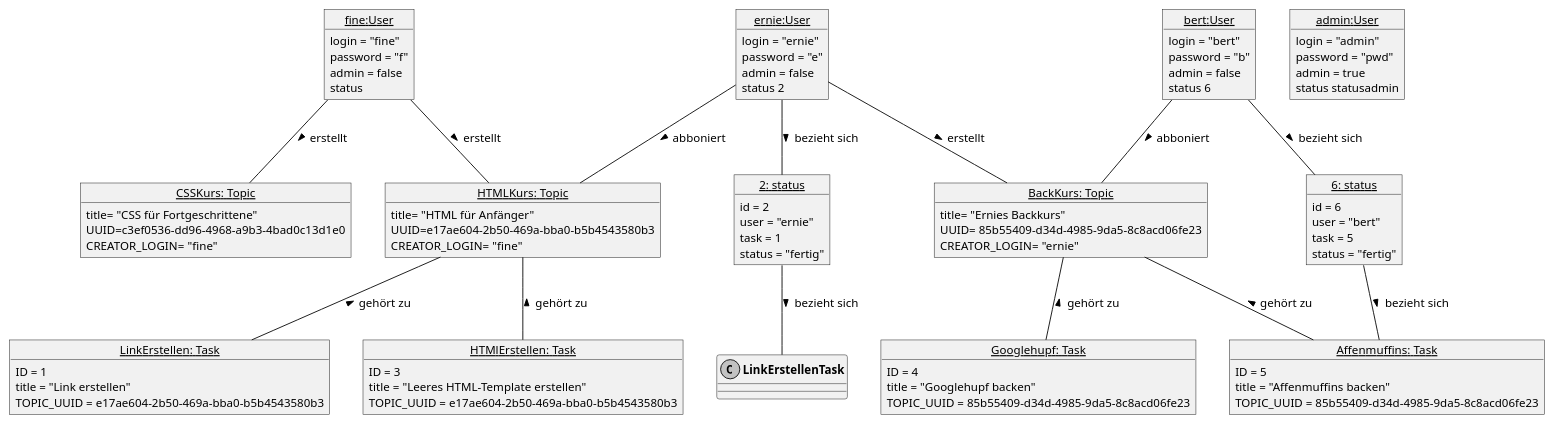
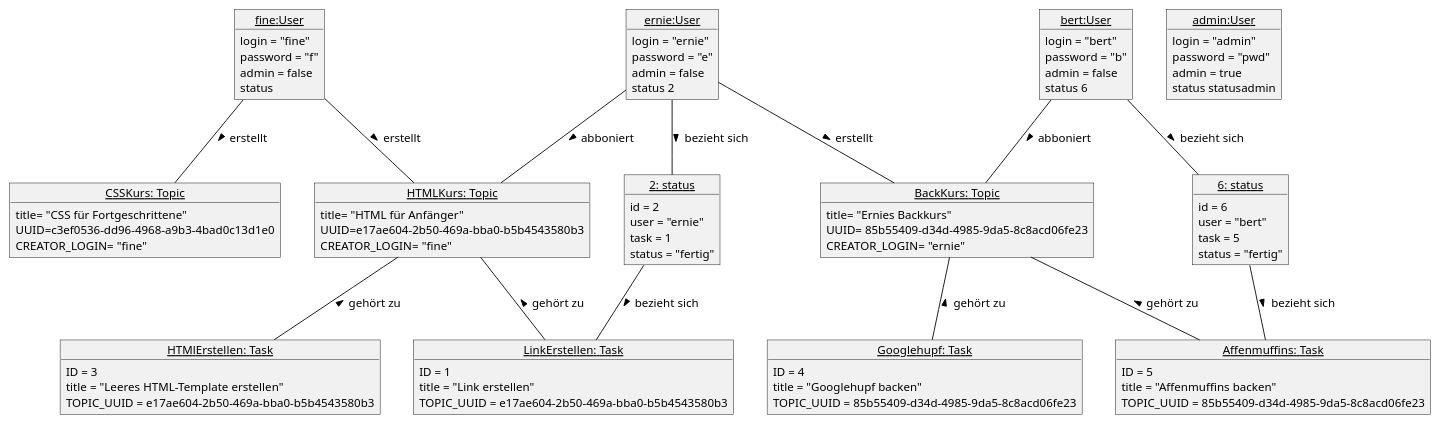
The diagram in doku/Objektmodell.puml (SimonHirner/agenda20), drawn with PlantUML before and after one commit.

Commit message:
AG-2 LinkErstellen nun nur noch einmal vorhanden

```diff
--- a/doku/Objektmodell.puml
+++ b/doku/Objektmodell.puml
@@ -1,113 +1,113 @@
 @startuml
 
 ' Layout
 skinparam classAttributeIconSize 0
 skinparam monochrome true
 skinparam shadowing false
 skinparam DefaultFontName arial
 skinparam DefaultFontSize 12
 skinparam ClassFontStyle bold
 
 'User
 object "<u>fine:User</u>" as fine{
     login = "fine"
     password = "f"
     admin = false
     status
 }
 object "<u>ernie:User</u>" as ernie{
     login = "ernie"
     password = "e"
     admin = false
     status 2
 }
 object "<u>bert:User</u>" as bert{
     login = "bert"
     password = "b"
     admin = false
     status 6
 }
 object "<u>admin:User</u>" as admin{
     login = "admin"
     password = "pwd"
     admin = true
     status statusadmin
 }
 
 'Topics
 object "<u>HTMLKurs: Topic</u>" as HTMLKurs{
     title= "HTML für Anfänger"
     UUID=e17ae604-2b50-469a-bba0-b5b4543580b3
     CREATOR_LOGIN= "fine"
 
 }
 object "<u>CSSKurs: Topic</u>" as CSSKurs{
     title= "CSS für Fortgeschrittene"
     UUID=c3ef0536-dd96-4968-a9b3-4bad0c13d1e0
     CREATOR_LOGIN= "fine"
 }
 object "<u>BackKurs: Topic</u>" as BackKurs{
     title= "Ernies Backkurs"
     UUID= 85b55409-d34d-4985-9da5-8c8acd06fe23
     CREATOR_LOGIN= "ernie"
 }
 
 'Tasks
 object "<u>LinkErstellen: Task</u>" as LinkErstellen {
     ID = 1
     title = "Link erstellen"
     TOPIC_UUID = e17ae604-2b50-469a-bba0-b5b4543580b3
 }
 object "<u>HTMlErstellen: Task</u>" as HTMlErstellen {
     ID = 3
     title = "Leeres HTML-Template erstellen"
     TOPIC_UUID = e17ae604-2b50-469a-bba0-b5b4543580b3
 }
 object "<u>Googlehupf: Task</u>" as Googlehupf {
     ID = 4
     title = "Googlehupf backen"
     TOPIC_UUID = 85b55409-d34d-4985-9da5-8c8acd06fe23
 }
 object "<u>Affenmuffins: Task</u>" as Affenmuffins {
     ID = 5
     title = "Affenmuffins backen"
     TOPIC_UUID = 85b55409-d34d-4985-9da5-8c8acd06fe23
 }
 
 'status
 object "<u>2: status</u>" as 2{
 	id = 2
 	user = "ernie"
 	task = 1
 	status = "fertig"
 }
 
 object "<u>6: status</u>" as 6{
 	id = 6
 	user = "bert"
 	task = 5
 	status = "fertig"
 }
 
 'Assoziationen
 fine -- HTMLKurs :> erstellt
 fine -- CSSKurs :> erstellt
 ernie -- BackKurs :> erstellt
 
 ernie -- 2 :> bezieht sich
 bert -- 6 :> bezieht sich
 
 ernie -- HTMLKurs :> abboniert
 bert -- BackKurs :> abboniert
 
 HTMLKurs -- LinkErstellen :< gehört zu
 HTMLKurs -- HTMlErstellen :< gehört zu
 
 6 -- Affenmuffins :> bezieht sich
-2 -- LinkErstellenTask :> bezieht sich
+2 -- LinkErstellen :> bezieht sich
 
 BackKurs -- Googlehupf :< gehört zu
 BackKurs -- Affenmuffins :< gehört zu
 
 
 @enduml
```
